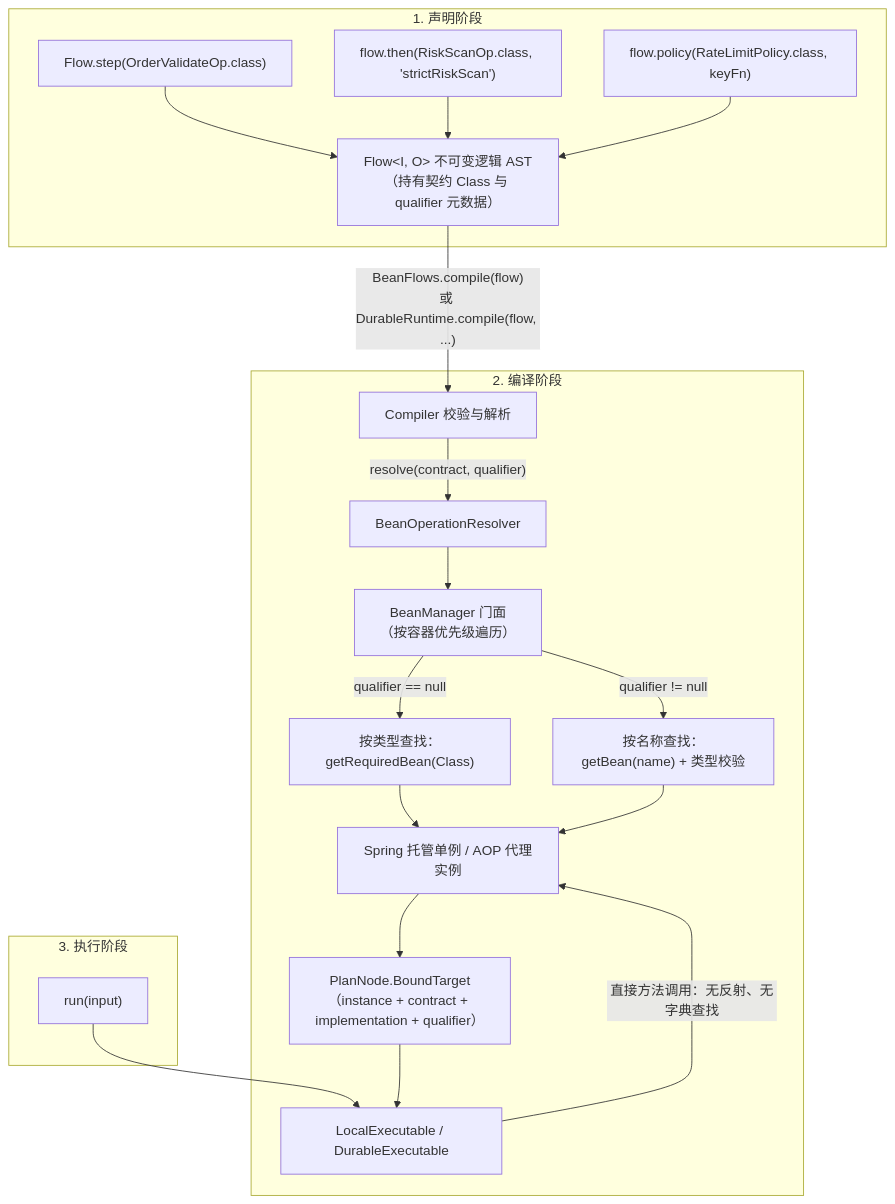
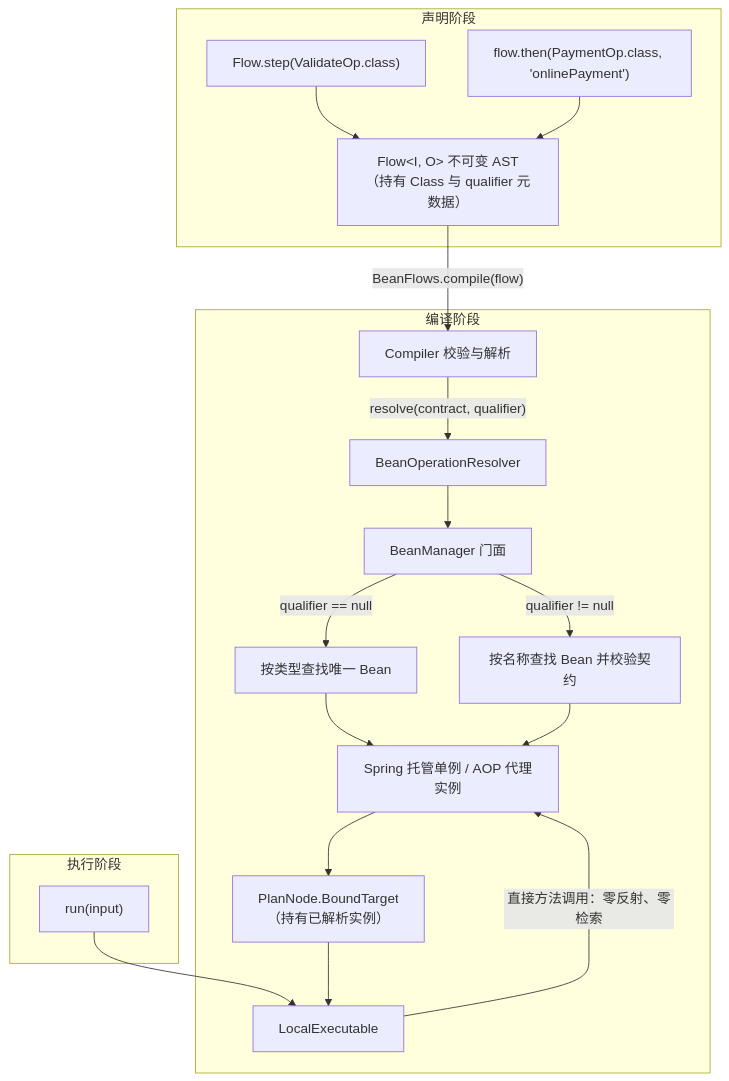
The diagram in docs/flow/flow-bean.md (team4u/team4u-framework), drawn with Mermaid before and after one commit. The commit also changed other lines of this file and 9 other files, not shown here.

Commit message:
docs(flow): 对齐全站标准风格，移除数字序号与非标口语化表达

````diff
--- a/docs/flow/flow-bean.md
+++ b/docs/flow/flow-bean.md
@@ -212,29 +199,27 @@
 ```mermaid
 graph TD
-    subgraph "1. 声明阶段"
-        D1["Flow.step(OrderValidateOp.class)"]
-        D2["flow.then(RiskScanOp.class, 'strictRiskScan')"]
-        D3["flow.policy(RateLimitPolicy.class, keyFn)"]
-        AST["Flow&lt;I, O&gt; 不可变逻辑 AST<br/>（持有契约 Class 与 qualifier 元数据）"]
+    subgraph "声明阶段"
+        D1["Flow.step(ValidateOp.class)"]
+        D2["flow.then(PaymentOp.class, 'onlinePayment')"]
+        AST["Flow&lt;I, O&gt; 不可变 AST<br/>（持有 Class 与 qualifier 元数据）"]
         D1 --> AST
         D2 --> AST
-        D3 --> AST
     end
 
-    subgraph "2. 编译阶段"
-        AST -->|"BeanFlows.compile(flow)<br/>或 DurableRuntime.compile(flow, ...)"| Compiler["Compiler 校验与解析"]
+    subgraph "编译阶段"
+        AST -->|"BeanFlows.compile(flow)"| Compiler["Compiler 校验与解析"]
         Compiler -->|"resolve(contract, qualifier)"| Resolver["BeanOperationResolver"]
-        Resolver --> BM["BeanManager 门面<br/>（按容器优先级遍历）"]
-        BM -->|"qualifier == null"| ByType["按类型查找：getRequiredBean(Class)"]
-        BM -->|"qualifier != null"| ByName["按名称查找：getBean(name) + 类型校验"]
+        Resolver --> BM["BeanManager 门面"]
+        BM -->|"qualifier == null"| ByType["按类型查找唯一 Bean"]
+        BM -->|"qualifier != null"| ByName["按名称查找 Bean 并校验契约"]
         ByType --> ProxyBean["Spring 托管单例 / AOP 代理实例"]
         ByName --> ProxyBean
-        ProxyBean --> Bound["PlanNode.BoundTarget<br/>（instance + contract + implementation + qualifier）"]
-        Bound --> Exec["LocalExecutable / DurableExecutable"]
+        ProxyBean --> Bound["PlanNode.BoundTarget<br/>（持有已解析实例）"]
+        Bound --> Exec["LocalExecutable"]
     end
 
-    subgraph "3. 执行阶段"
+    subgraph "执行阶段"
         Input["run(input)"] --> Exec
-        Exec -->|"直接方法调用：无反射、无字典查找"| ProxyBean
+        Exec -->|"直接方法调用：零反射、零检索"| ProxyBean
     end
 ```
````
